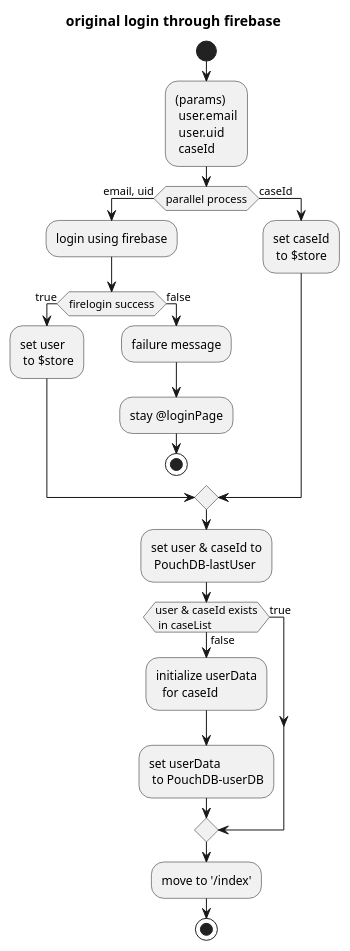
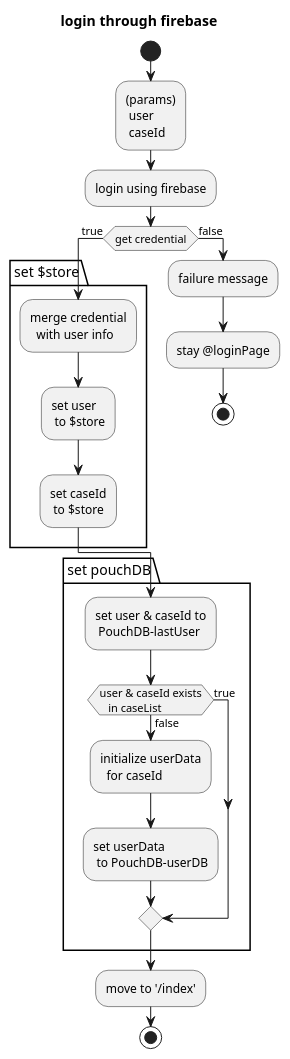
One commit to snakada1615/nuxt_pwa201122 changed the diagram in assets/backdata/loginFire.puml. Above: the diagram before and after it, drawn with PlantUML. The commit also changed 19 other files, not shown here.

```diff
--- a/assets/backdata/loginFire.puml
+++ b/assets/backdata/loginFire.puml
@@ -1,43 +1,45 @@
 @startuml
-title original login through firebase
+title login through firebase
 
 start
 
 :(params)
- user.email
- user.uid
+ user
  caseId;
 
-if (parallel process) then (email, uid)
-  :login using firebase;
-  if (firelogin success) then (true)
-      :set user
-       to $store;
-  else (false)
-      :failure message;
-      :stay @loginPage;
-      stop
-  endif
-else (caseId)
-  :set caseId
-   to $store;
+:login using firebase;
+if (get credential) then (true)
+  package "set $store" {
+    :merge credential
+      with user info;
+    :set user
+     to $store;
+    :set caseId
+     to $store;
+  }
+else (false)
+  :failure message;
+  :stay @loginPage;
+  stop
 endif
 
-:set user & caseId to
- PouchDB-lastUser;
+package "set pouchDB" {
+  :set user & caseId to
+   PouchDB-lastUser;
 
-if (user & caseId exists
- in caseList) then (true)
+  if (user & caseId exists
+   in caseList) then (true)
 
-else (false)
-  :initialize userData
-    for caseId;
-  :set userData
-   to PouchDB-userDB;
-endif
+  else (false)
+    :initialize userData
+      for caseId;
+    :set userData
+     to PouchDB-userDB;
+  endif
+}
 
 :move to '/index';
 
 stop
 
 @enduml
```
